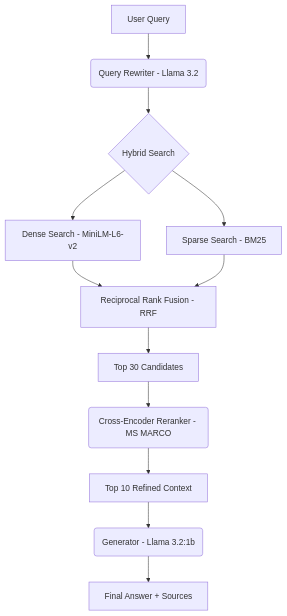
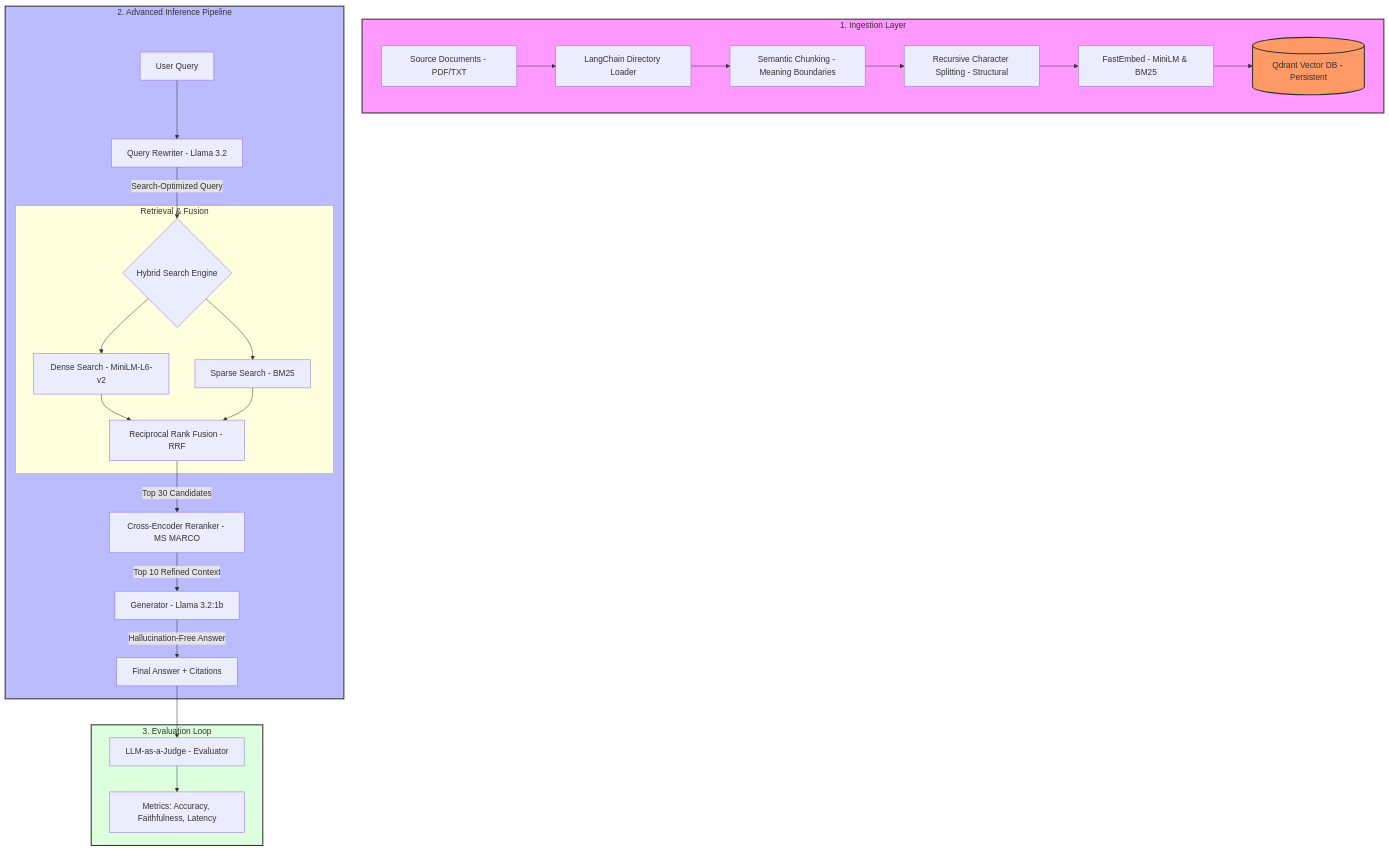
Before and after one commit to priyanshsingh11/Advanced-RAG: the diagram in README.md, drawn with Mermaid.

Commit message:
docs: update project architecture diagram to include ingestion and evaluation stages

````diff
--- a/README.md
+++ b/README.md
@@ -72,14 +72,36 @@
 ```mermaid
 graph TD
-    A[User Query] --> B(Query Rewriter - Llama 3.2)
-    B --> C{Hybrid Search}
-    C --> D[Dense Search - MiniLM-L6-v2]
-    C --> E[Sparse Search - BM25]
-    D --> F[Reciprocal Rank Fusion - RRF]
-    E --> F
-    F --> G[Top 30 Candidates]
-    G --> H(Cross-Encoder Reranker - MS MARCO)
-    H --> I[Top 10 Refined Context]
-    I --> J(Generator - Llama 3.2:1b)
-    J --> K[Final Answer + Sources]
+    subgraph Ingestion_Layer [1. Ingestion Layer]
+        Docs[Source Documents - PDF/TXT] --> Loader[LangChain Directory Loader]
+        Loader --> SChunk[Semantic Chunking - Meaning Boundaries]
+        SChunk --> RSplit[Recursive Character Splitting - Structural]
+        RSplit --> Embed[FastEmbed - MiniLM & BM25]
+        Embed --> Qdrant_Store[(Qdrant Vector DB - Persistent)]
+    end
+
+    subgraph Inference_Pipeline [2. Advanced Inference Pipeline]
+        User[User Query] --> Rewriter[Query Rewriter - Llama 3.2]
+        Rewriter -- Search-Optimized Query --> Hybrid{Hybrid Search Engine}
+        
+        subgraph Retrieval [Retrieval & Fusion]
+            Hybrid --> Dense[Dense Search - MiniLM-L6-v2]
+            Hybrid --> Sparse[Sparse Search - BM25]
+            Dense --> RRF[Reciprocal Rank Fusion - RRF]
+            Sparse --> RRF
+        end
+
+        RRF -- Top 30 Candidates --> Reranker[Cross-Encoder Reranker - MS MARCO]
+        Reranker -- Top 10 Refined Context --> LLM[Generator - Llama 3.2:1b]
+        LLM -- Hallucination-Free Answer --> Output[Final Answer + Citations]
+    end
+
+    subgraph Evaluation [3. Evaluation Loop]
+        Output --> Judge[LLM-as-a-Judge - Evaluator]
+        Judge --> Results[Metrics: Accuracy, Faithfulness, Latency]
+    end
+
+    style Ingestion_Layer fill:#f9f,stroke:#333,stroke-width:2px
+    style Inference_Pipeline fill:#bbf,stroke:#333,stroke-width:2px
+    style Evaluation fill:#dfd,stroke:#333,stroke-width:2px
+    style Qdrant_Store fill:#f96,stroke:#333,stroke-width:2px
 ```
````
